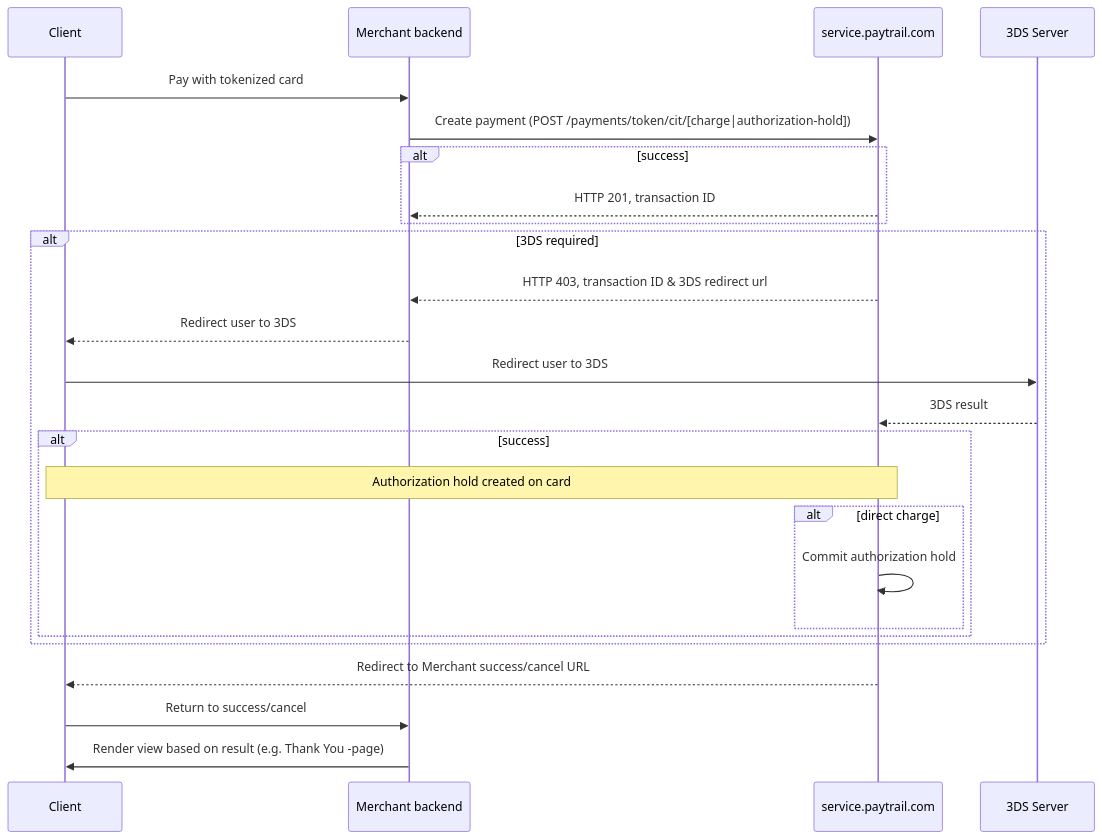
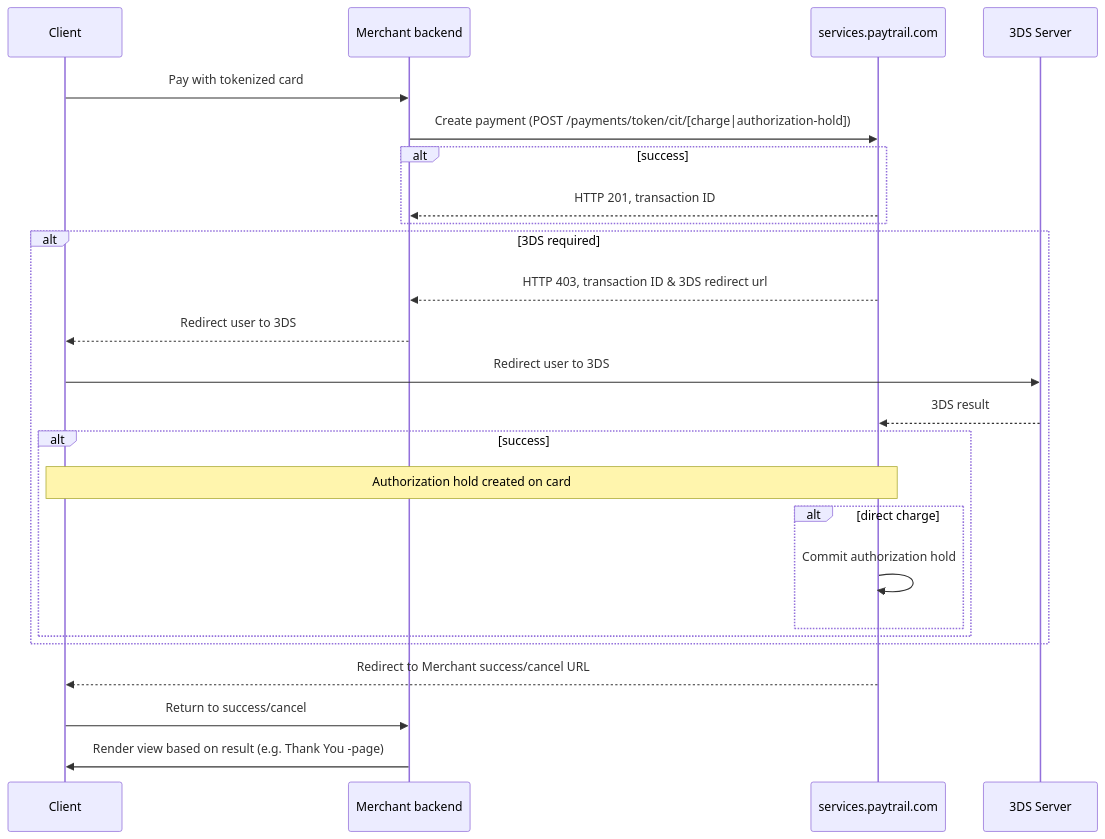
One commit to paytrail/api-documentation changed the third of 3 diagrams in docs/README.md. Above: the diagram before and after it, drawn with Mermaid. The commit also changed other lines of this file and 4 other files, not shown here.

````diff
--- a/docs/README.md
+++ b/docs/README.md
@@ -532,31 +577,31 @@
 ```mermaid
 sequenceDiagram
 
 Client ->> Merchant backend: Pay with tokenized card
-Merchant backend ->> service.paytrail.com: Create payment (POST /payments/token/cit/[charge|authorization-hold])
+Merchant backend ->> services.paytrail.com: Create payment (POST /payments/token/cit/[charge|authorization-hold])
 
 alt success
-service.paytrail.com -->> Merchant backend: HTTP 201, transaction ID
+services.paytrail.com -->> Merchant backend: HTTP 201, transaction ID
 end
 
 alt 3DS required
-service.paytrail.com -->> Merchant backend: HTTP 403, transaction ID & 3DS redirect url
+services.paytrail.com -->> Merchant backend: HTTP 403, transaction ID & 3DS redirect url
 Merchant backend -->> Client: Redirect user to 3DS
 Client ->> 3DS Server: Redirect user to 3DS
-3DS Server -->> service.paytrail.com: 3DS result
+3DS Server -->> services.paytrail.com: 3DS result
 
 alt success
-Note over Client,service.paytrail.com: Authorization hold created on card
+Note over Client,services.paytrail.com: Authorization hold created on card
 
     alt direct charge
-      service.paytrail.com ->> service.paytrail.com: Commit authorization hold
+      services.paytrail.com ->> services.paytrail.com: Commit authorization hold
     end
 
 end
 end
 
-service.paytrail.com -->> Client: Redirect to Merchant success/cancel URL
+services.paytrail.com -->> Client: Redirect to Merchant success/cancel URL
 Client ->> Merchant backend: Return to success/cancel
 Merchant backend ->> Client: Render view based on result (e.g. Thank You -page)
 
 ```
````
